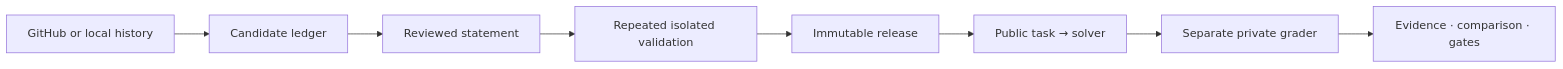
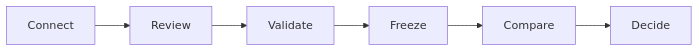
The diagram in README.md (sumervaid/everval-ai), drawn with Mermaid before and after one commit. The commit also changed other lines of this file, not shown here.

````diff
--- a/README.md
+++ b/README.md
@@ -39,10 +11,8 @@
 ```mermaid
 flowchart LR
-    A[GitHub or local history] --> B[Candidate ledger]
-    B --> C[Reviewed statement]
-    C --> D[Repeated isolated validation]
-    D --> E[Immutable release]
-    E --> F[Public task → solver]
-    F --> G[Separate private grader]
-    G --> H[Evidence · comparison · gates]
+    A[Connect] --> B[Review]
+    B --> C[Validate]
+    C --> D[Freeze]
+    D --> E[Compare]
+    E --> F[Decide]
 ```
````
